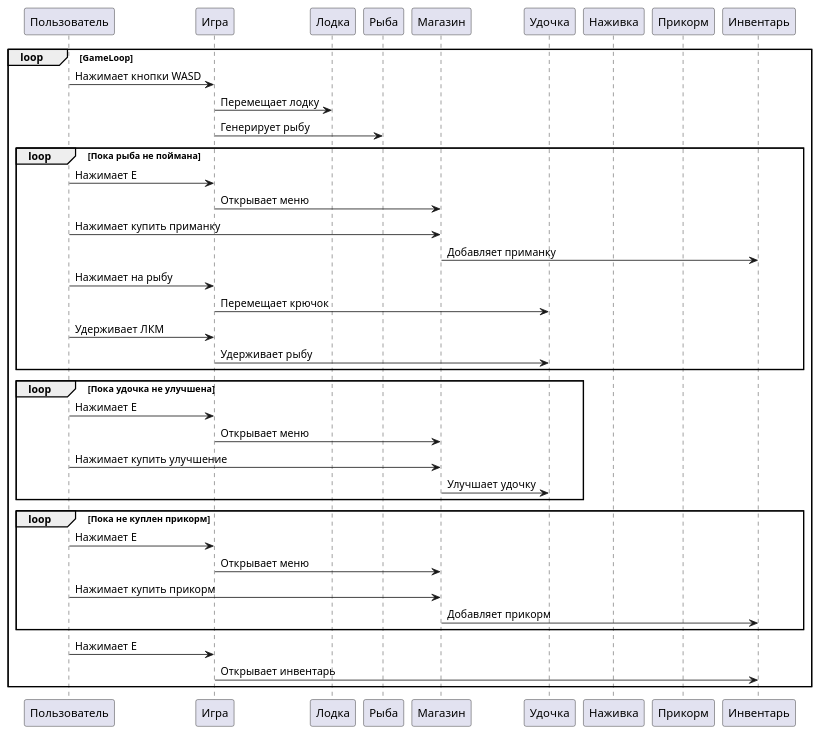
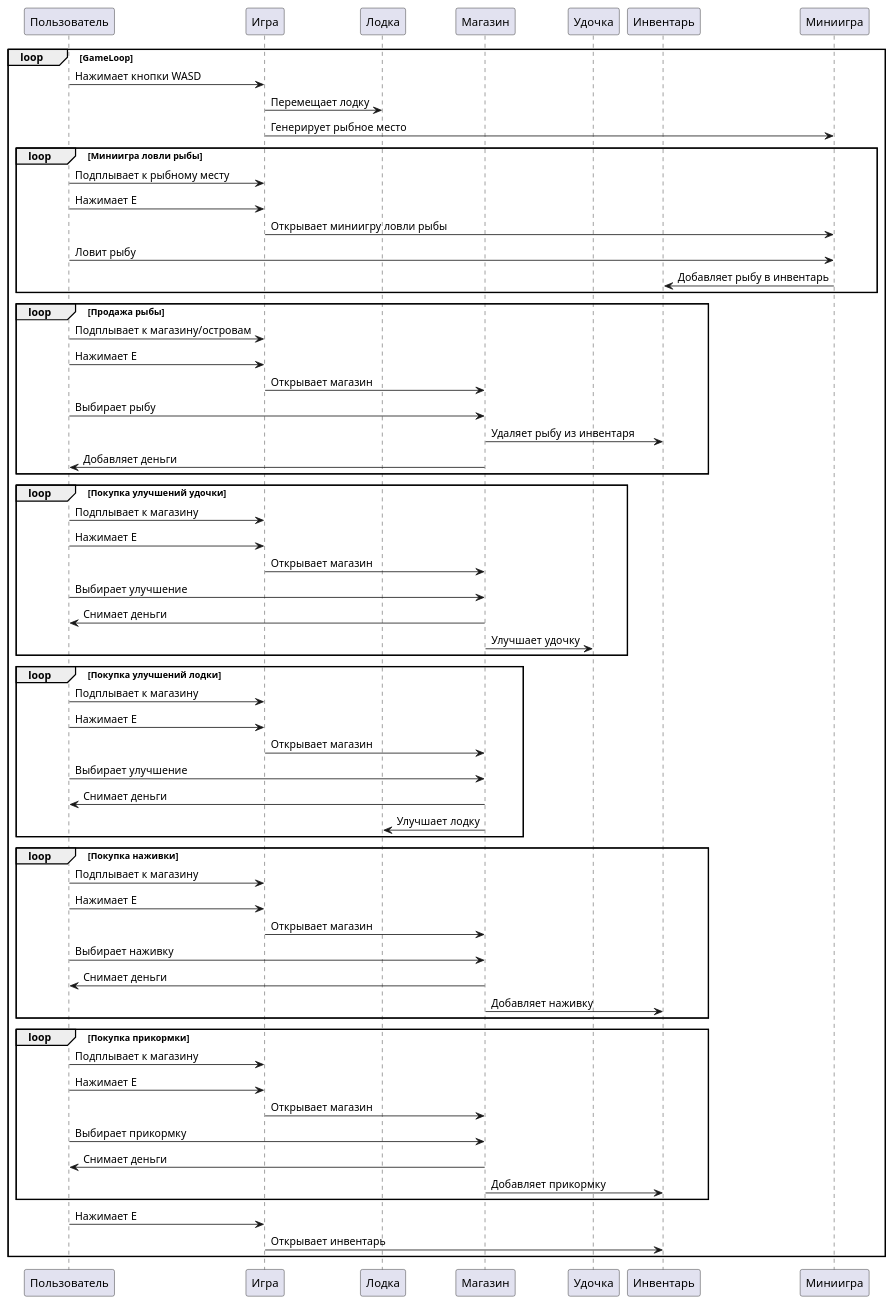
Before and after one commit to lenk6663/studying: the diagram in docs/diagrams/behavior/sequence_diagram.puml, drawn with PlantUML. The commit also changed 4 other files, not shown here.

Commit message:
Fixed some diagrams

```diff
--- a/docs/diagrams/behavior/sequence_diagram.puml
+++ b/docs/diagrams/behavior/sequence_diagram.puml
@@ -1,45 +1,70 @@
 @startuml
 participant Пользователь
 participant Игра
 participant Лодка
-participant Рыба
 participant Магазин
 participant Удочка
-participant Наживка
-participant Прикорм
 participant Инвентарь
 
 loop GameLoop
     Пользователь -> Игра: Нажимает кнопки WASD
     Игра -> Лодка: Перемещает лодку
-    Игра -> Рыба: Генерирует рыбу
+    Игра -> Миниигра: Генерирует рыбное место
     
-    loop Пока рыба не поймана
+    loop Миниигра ловли рыбы
+        Пользователь -> Игра: Подплывает к рыбному месту
         Пользователь -> Игра: Нажимает E
-        Игра -> Магазин: Открывает меню
-        Пользователь -> Магазин: Нажимает купить приманку
-        Магазин -> Инвентарь: Добавляет приманку
-        Пользователь -> Игра: Нажимает на рыбу
-        Игра -> Удочка: Перемещает крючок
-        Пользователь -> Игра: Удерживает ЛКМ
-        Игра -> Удочка: Удерживает рыбу
+        Игра -> Миниигра: Открывает миниигру ловли рыбы
+        Пользователь -> Миниигра: Ловит рыбу
+        Миниигра -> Инвентарь: Добавляет рыбу в инвентарь
     end
     
-    loop Пока удочка не улучшена
+    loop Продажа рыбы
+        Пользователь -> Игра: Подплывает к магазину/островам
         Пользователь -> Игра: Нажимает E
-        Игра -> Магазин: Открывает меню
-        Пользователь -> Магазин: Нажимает купить улучшение
+        Игра -> Магазин: Открывает магазин
+        Пользователь -> Магазин: Выбирает рыбу
+        Магазин -> Инвентарь: Удаляет рыбу из инвентаря
+        Магазин -> Пользователь: Добавляет деньги
+    end
+    
+    loop Покупка улучшений удочки
+        Пользователь -> Игра: Подплывает к магазину
+        Пользователь -> Игра: Нажимает E
+        Игра -> Магазин: Открывает магазин
+        Пользователь -> Магазин: Выбирает улучшение
+        Магазин -> Пользователь: Снимает деньги
         Магазин -> Удочка: Улучшает удочку
     end
+
+    loop Покупка улучшений лодки
+        Пользователь -> Игра: Подплывает к магазину
+        Пользователь -> Игра: Нажимает E
+        Игра -> Магазин: Открывает магазин
+        Пользователь -> Магазин: Выбирает улучшение
+        Магазин -> Пользователь: Снимает деньги
+        Магазин -> Лодка: Улучшает лодку
+    end
+
+    loop Покупка наживки
+        Пользователь -> Игра: Подплывает к магазину
+        Пользователь -> Игра: Нажимает E
+        Игра -> Магазин: Открывает магазин
+        Пользователь -> Магазин: Выбирает наживку
+        Магазин -> Пользователь: Снимает деньги
+        Магазин -> Инвентарь: Добавляет наживку
+    end
     
-    loop Пока не куплен прикорм
+    loop Покупка прикормки
+        Пользователь -> Игра: Подплывает к магазину
         Пользователь -> Игра: Нажимает E
-        Игра -> Магазин: Открывает меню
-        Пользователь -> Магазин: Нажимает купить прикорм
-        Магазин -> Инвентарь: Добавляет прикорм
+        Игра -> Магазин: Открывает магазин
+        Пользователь -> Магазин: Выбирает прикормку
+        Магазин -> Пользователь: Снимает деньги
+        Магазин -> Инвентарь: Добавляет прикормку
     end
     
     Пользователь -> Игра: Нажимает E
     Игра -> Инвентарь: Открывает инвентарь
 end
 @enduml
```
